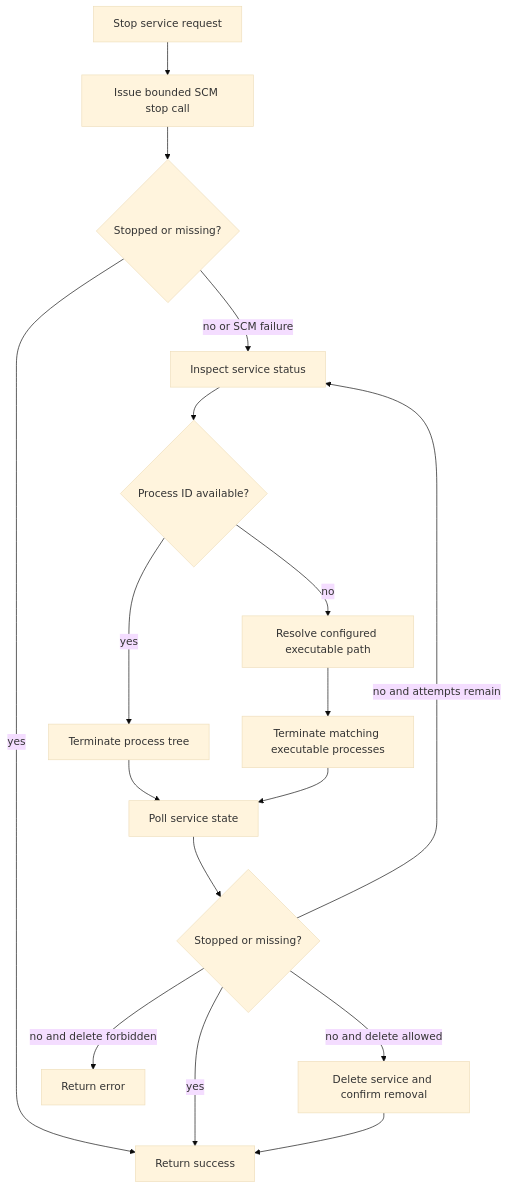
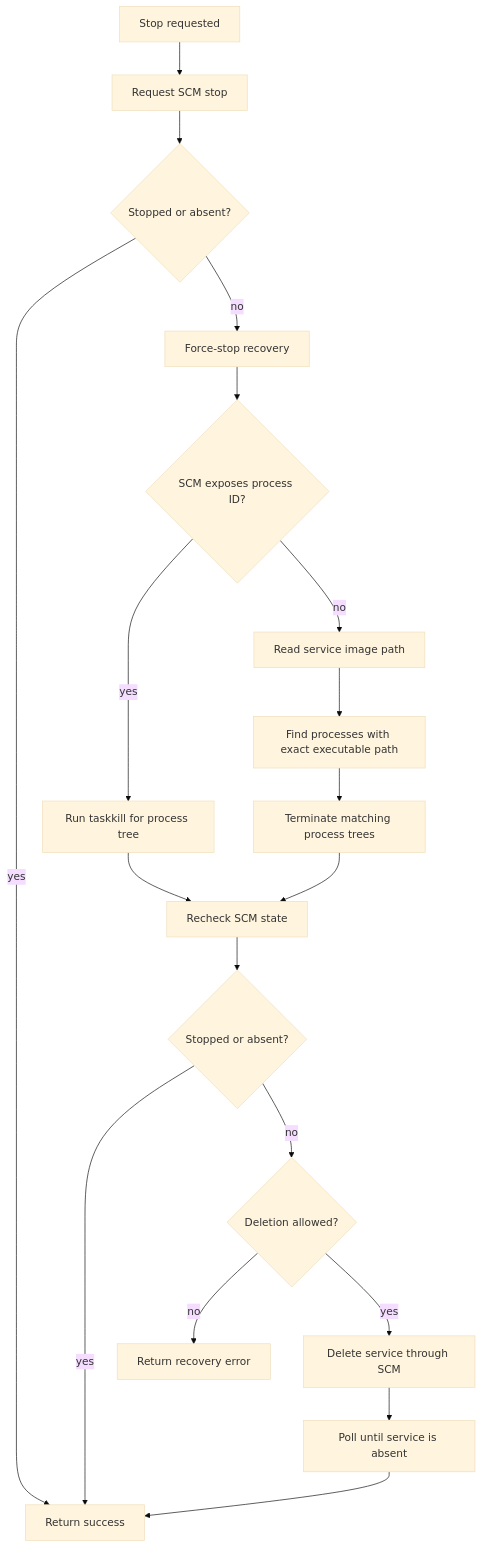
One commit to flamingo-stack/openframe-oss-tenant changed the third of 4 diagrams in docs/reference/architecture/openframe-client-core/platform-system-service/platform-system-service.md. Above: the diagram before and after it, drawn with Mermaid (base theme). The commit also changed other lines of this file and 2377 other files, not shown here.

````diff
--- a/docs/reference/architecture/openframe-client-core/platform-system-service/platform-system-service.md
+++ b/docs/reference/architecture/openframe-client-core/platform-system-service/platform-system-service.md
@@ -93,19 +126,21 @@
 ```mermaid
 flowchart TD
-    StopRequest["Stop service request"] --> StopCall["Issue bounded SCM stop call"]
-    StopCall --> StopState{"Stopped or missing?"}
-    StopState -->|"yes"| StopComplete["Return success"]
-    StopState -->|"no or SCM failure"| ForceStop["Inspect service status"]
-    ForceStop --> PidAvailable{"Process ID available?"}
-    PidAvailable -->|"yes"| KillTree["Terminate process tree"]
-    PidAvailable -->|"no"| ResolvePath["Resolve configured executable path"]
-    ResolvePath --> KillPath["Terminate matching executable processes"]
-    KillTree --> Recheck["Poll service state"]
-    KillPath --> Recheck
-    Recheck --> Cleared{"Stopped or missing?"}
-    Cleared -->|"yes"| StopComplete
-    Cleared -->|"no and attempts remain"| ForceStop
-    Cleared -->|"no and delete allowed"| DeleteService["Delete service and confirm removal"]
-    Cleared -->|"no and delete forbidden"| StopError["Return error"]
-    DeleteService --> StopComplete
+    Request["Stop requested"] --> StopCall["Request SCM stop"]
+    StopCall --> Stopped{"Stopped or absent?"}
+    Stopped -->|"yes"| Complete["Return success"]
+    Stopped -->|"no"| Force["Force-stop recovery"]
+    Force --> Pid{"SCM exposes process ID?"}
+    Pid -->|"yes"| Taskkill["Run taskkill for process tree"]
+    Pid -->|"no"| Image["Read service image path"]
+    Image --> Match["Find processes with exact executable path"]
+    Match --> Kill["Terminate matching process trees"]
+    Taskkill --> Recheck["Recheck SCM state"]
+    Kill --> Recheck
+    Recheck --> Cleared{"Stopped or absent?"}
+    Cleared -->|"yes"| Complete
+    Cleared -->|"no"| DeleteAllowed{"Deletion allowed?"}
+    DeleteAllowed -->|"no"| StopError["Return recovery error"]
+    DeleteAllowed -->|"yes"| Delete["Delete service through SCM"]
+    Delete --> Confirm["Poll until service is absent"]
+    Confirm --> Complete
 ```
````
